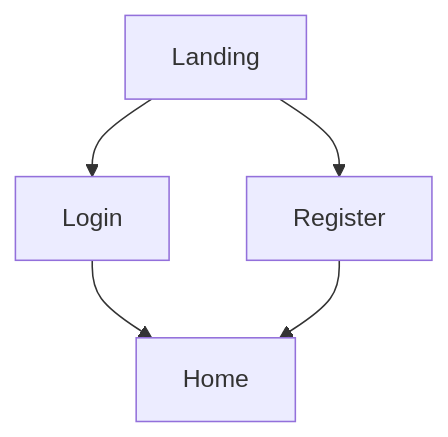
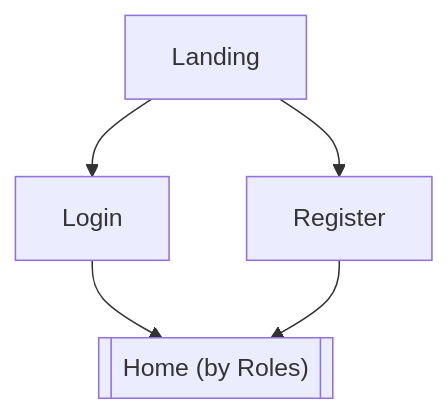
One commit to SaluteKevin/AQkid changed the first of 4 diagrams in Design/views/page-flow.md. Above: the diagram before and after it, drawn with Mermaid.

Commit message:
Clarify page flow

````diff
--- a/Design/views/page-flow.md
+++ b/Design/views/page-flow.md
@@ -7,8 +7,8 @@
 ```mermaid
 flowchart TD
 
     start[Landing]
     
     start --> login[Login] --> home[Home]
-    start --> register[Register] --> home[Home]
+    start --> register[Register] --> home[["Home (by Roles)"]]
 ```
````
